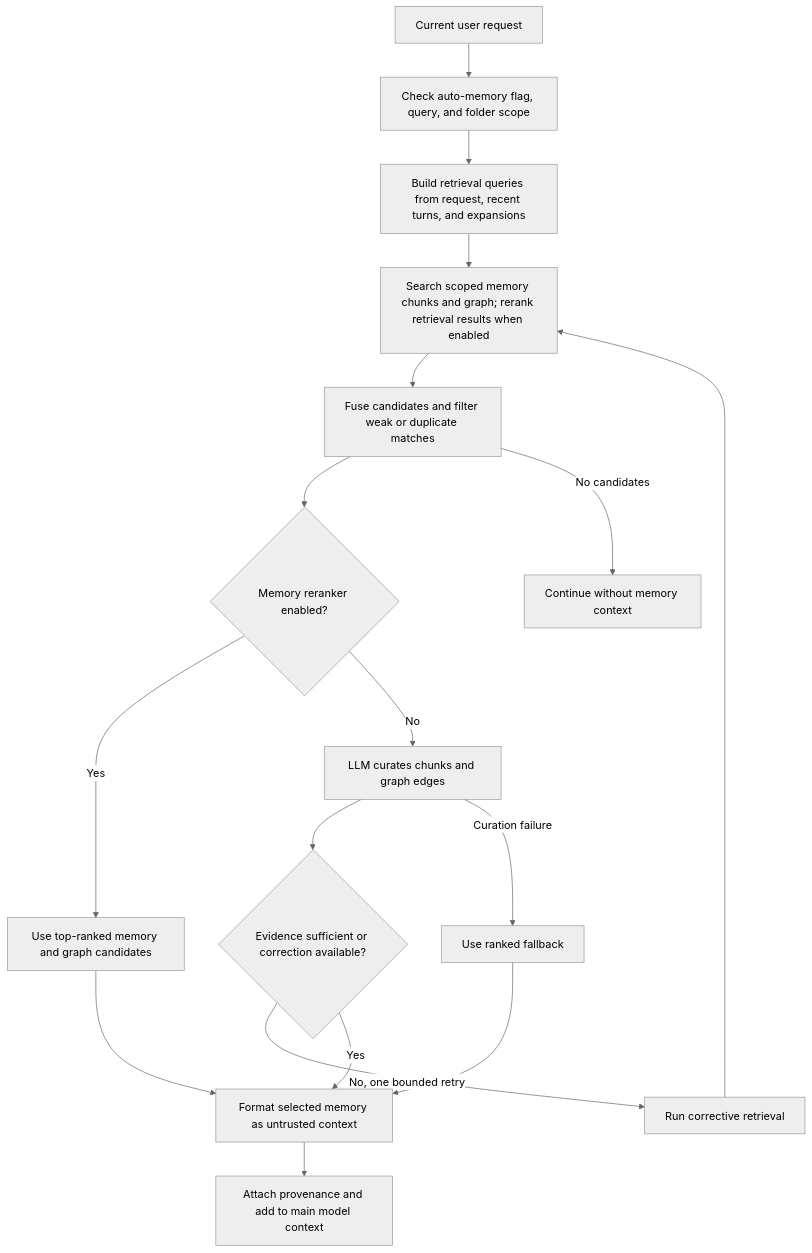
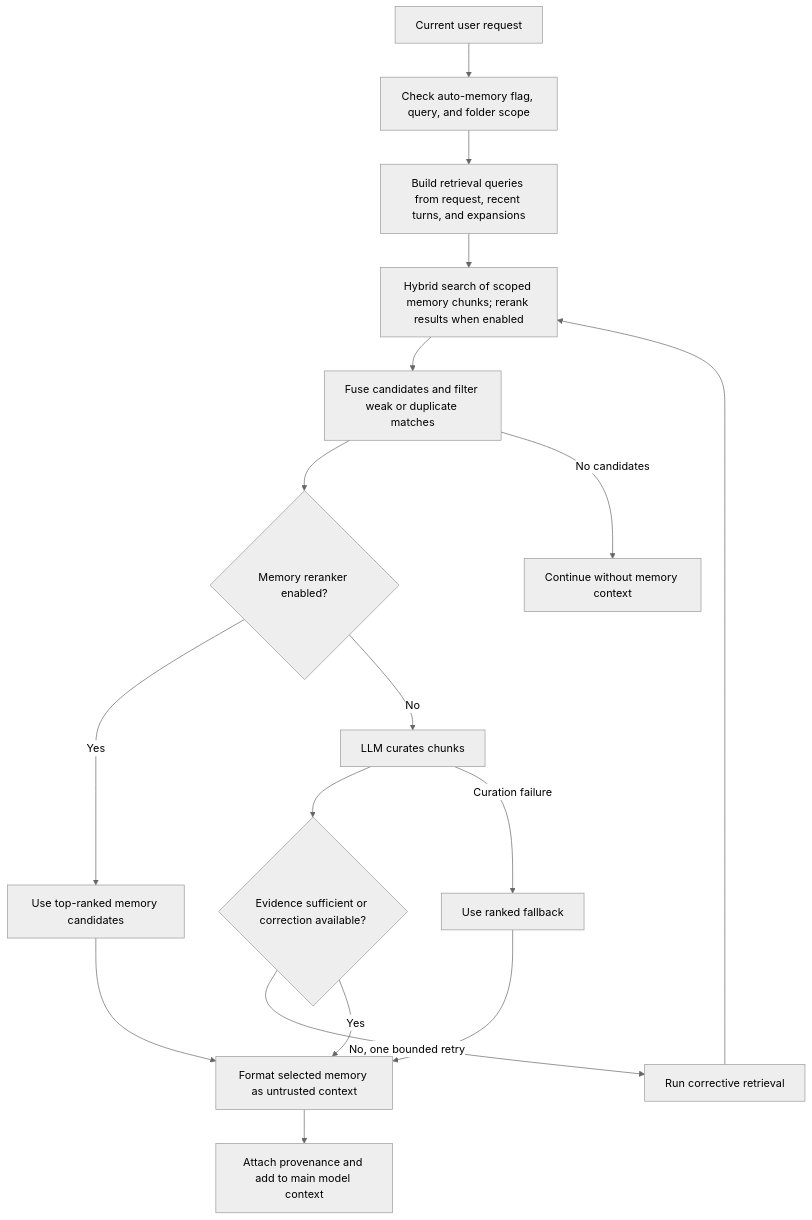
Before and after one commit to Cynosure-AI/cynosure-app: the second of 4 diagrams in ARCHITECTURE.md, drawn with Mermaid (neutral theme). The commit also changed other lines of this file and 307 other files, not shown here.

````diff
--- a/ARCHITECTURE.md
+++ b/ARCHITECTURE.md
@@ -29,19 +29,19 @@
 ```mermaid
 flowchart TD
   A[Current user request] --> B[Check auto-memory flag, query, and folder scope]
   B --> C[Build retrieval queries from request, recent turns, and expansions]
-  C --> D[Search scoped memory chunks and graph; rerank retrieval results when enabled]
+  C --> D[Hybrid search of scoped memory chunks; rerank results when enabled]
   D --> E[Fuse candidates and filter weak or duplicate matches]
   E --> F{Memory reranker enabled?}
-  F -->|Yes| G[Use top-ranked memory and graph candidates]
-  F -->|No| H[LLM curates chunks and graph edges]
+  F -->|Yes| G[Use top-ranked memory candidates]
+  F -->|No| H[LLM curates chunks]
   H --> I{Evidence sufficient or correction available?}
   I -->|No, one bounded retry| J[Run corrective retrieval]
   J --> D
   I -->|Yes| K[Format selected memory as untrusted context]
   G --> K
   K --> L[Attach provenance and add to main model context]
   E -->|No candidates| M[Continue without memory context]
   H -->|Curation failure| N[Use ranked fallback]
   N --> K
 ```
````
